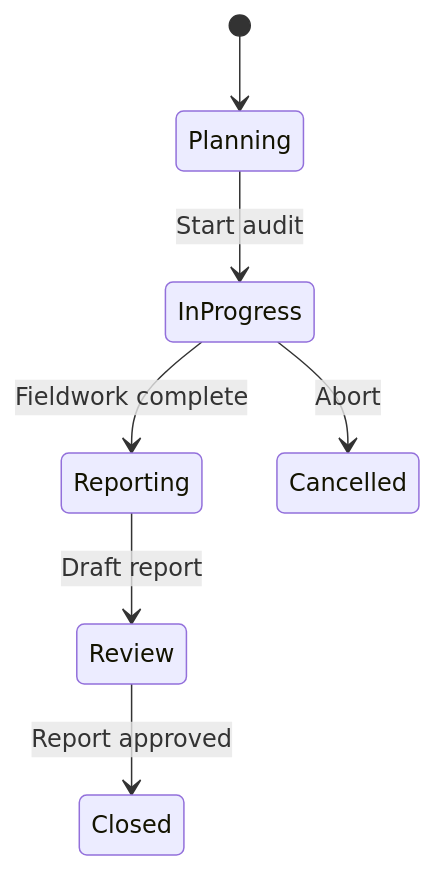
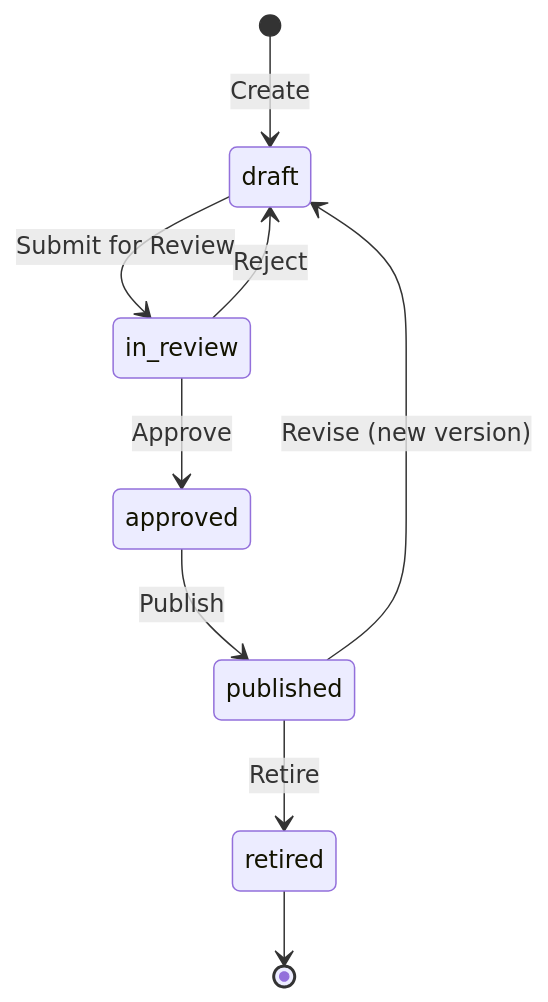
One commit to Gokhanagingil/grc changed the sixth of 8 diagrams in docs/suite/04_GRC.md. Above: the diagram before and after it, drawn with Mermaid. The commit also changed other lines of this file, not shown here.

````diff
--- a/docs/suite/04_GRC.md
+++ b/docs/suite/04_GRC.md
@@ -321,9 +379,11 @@
 ```mermaid
 stateDiagram-v2
-    [*] --> Planning
-    Planning --> InProgress: Start audit
-    InProgress --> Reporting: Fieldwork complete
-    Reporting --> Review: Draft report
-    Review --> Closed: Report approved
-    InProgress --> Cancelled: Abort
+    [*] --> draft : Create
+    draft --> in_review : Submit for Review
+    in_review --> approved : Approve
+    approved --> published : Publish
+    published --> retired : Retire
+    in_review --> draft : Reject
+    published --> draft : Revise (new version)
+    retired --> [*]
 ```
````
